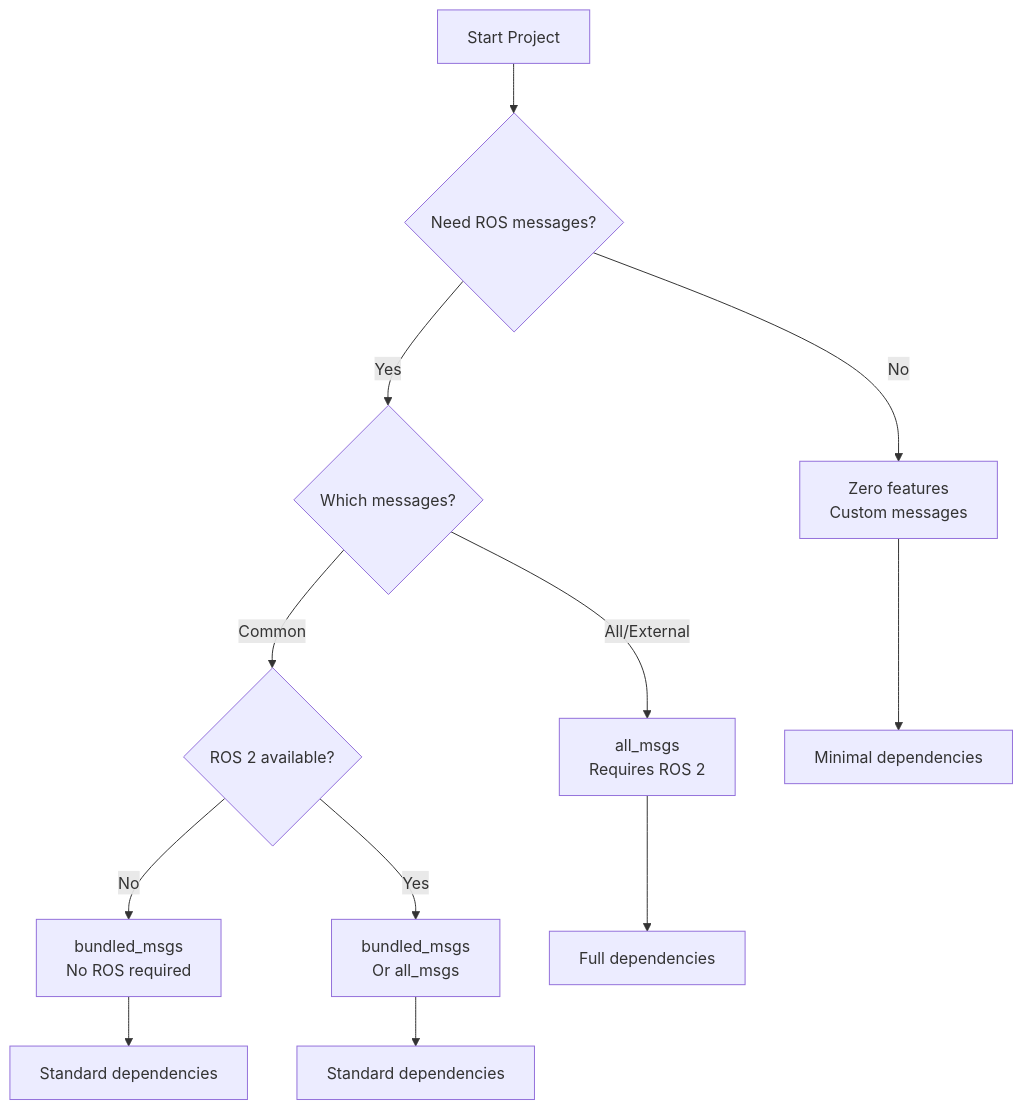
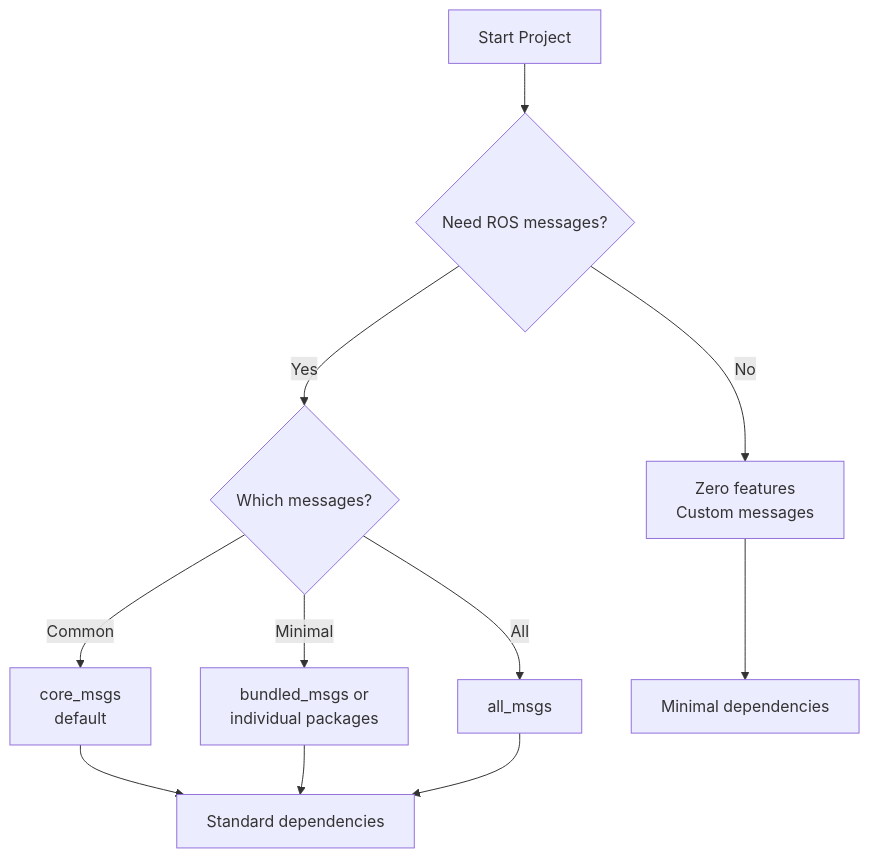
Before and after one commit to ZettaScaleLabs/ros-z: the second of 2 diagrams in book/src/chapters/feature_flags.md, drawn with Mermaid. The commit also changed other lines of this file and 206 other files, not shown here.

````diff
--- a/book/src/chapters/feature_flags.md
+++ b/book/src/chapters/feature_flags.md
@@ -383,17 +349,15 @@
 ```mermaid
 flowchart TD
     A[Start Project] --> B{Need ROS messages?}
     B -->|No| C[Zero features<br/>Custom messages]
     B -->|Yes| D{Which messages?}
 
-    D -->|Common| E{ROS 2 available?}
-    E -->|No| F[bundled_msgs<br/>No ROS required]
-    E -->|Yes| G[bundled_msgs<br/>Or all_msgs]
+    D -->|Common| E[core_msgs<br/>default]
+    D -->|Minimal| F[bundled_msgs or<br/>individual packages]
+    D -->|All| G[all_msgs]
 
-    D -->|All/External| H[all_msgs<br/>Requires ROS 2]
-
-    C --> I[Minimal dependencies]
-    F --> J[Standard dependencies]
-    G --> K[Standard dependencies]
-    H --> L[Full dependencies]
+    C --> H[Minimal dependencies]
+    E --> I[Standard dependencies]
+    F --> I
+    G --> I
 ```
````
